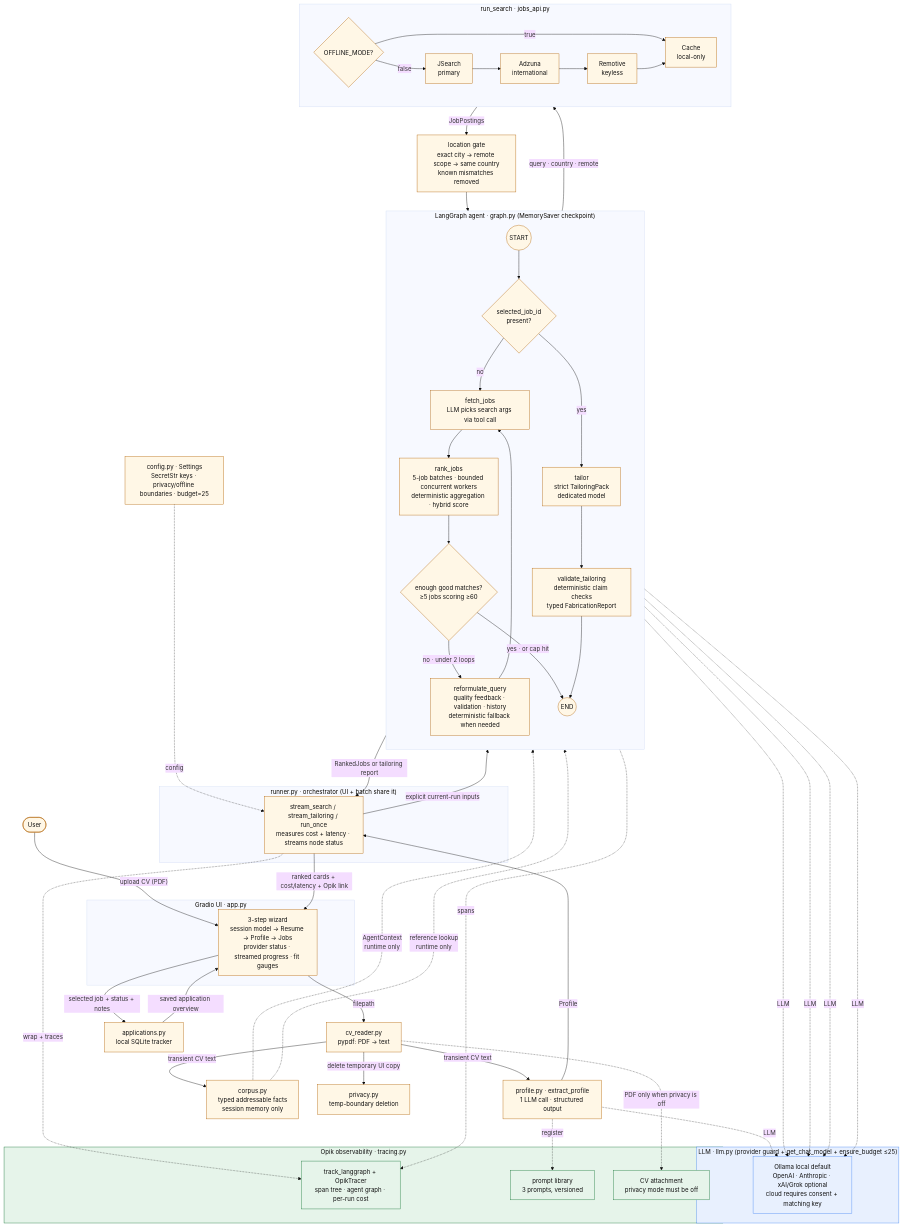
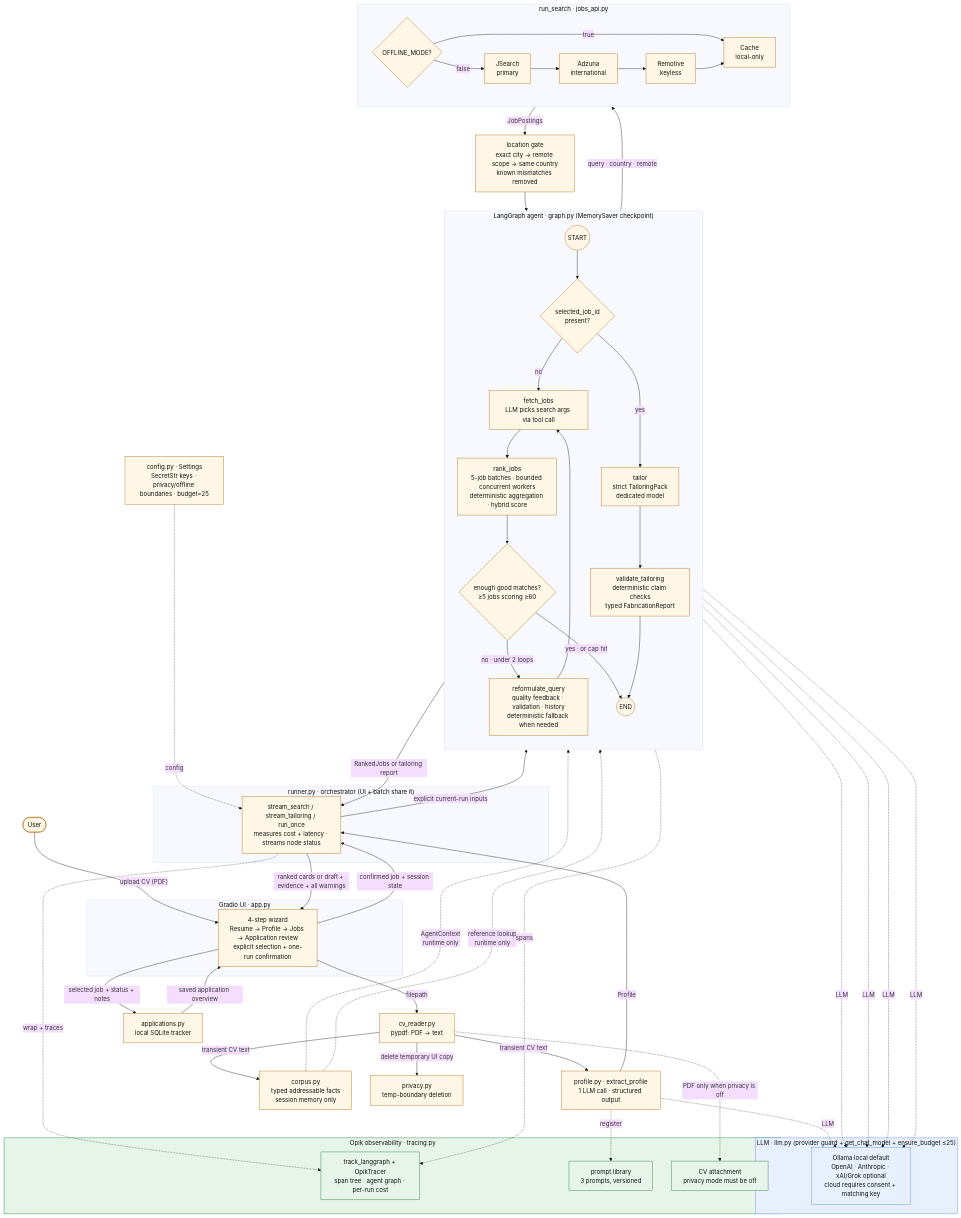
The diagram in docs/architecture.md (exitLQ/the-agent-that-got-me-rejected), drawn with Mermaid (base theme) before and after one commit. The commit also changed other lines of this file and 5 other files, not shown here.

Commit message:
feat: add confirmed tailoring review step

````diff
--- a/docs/architecture.md
+++ b/docs/architecture.md
@@ -7,79 +7,80 @@
 ```mermaid
 flowchart TB
   U(["User"]) -->|"upload CV (PDF)"| UI
 
   subgraph UI_L["Gradio UI · app.py"]
-    UI["3-step wizard<br/>session model → Resume → Profile → Jobs<br/>provider status · streamed progress · fit gauges"]
+    UI["4-step wizard<br/>Resume → Profile → Jobs → Application review<br/>explicit selection + one-run confirmation"]
   end
 
   UI -->|"filepath"| CVR["cv_reader.py<br/>pypdf: PDF → text"]
   CVR -->|"transient CV text"| EP["profile.py · extract_profile<br/>1 LLM call · structured output"]
   CVR -->|"transient CV text"| COR["corpus.py<br/>typed addressable facts<br/>session memory only"]
   CVR -->|"delete temporary UI copy"| DEL["privacy.py<br/>temp-boundary deletion"]
   EP -->|"Profile"| RUN
+  UI -->|"confirmed job + session state"| RUN
 
   subgraph ORCH["runner.py · orchestrator (UI + batch share it)"]
     RUN["stream_search / stream_tailoring / run_once<br/>measures cost + latency · streams node status"]
   end
 
   RUN -->|"explicit current-run inputs"| G
 
   subgraph G["LangGraph agent · graph.py (MemorySaver checkpoint)"]
     direction TB
     S((START)) --> ENTRY{"selected_job_id<br/>present?"}
     ENTRY -->|"no"| FJ
     ENTRY -->|"yes"| TA["tailor<br/>strict TailoringPack<br/>dedicated model"]
     TA --> VAL["validate_tailoring<br/>deterministic claim checks<br/>typed FabricationReport"]
     FJ["fetch_jobs<br/>LLM picks search args via tool call"] --> RJ
     RJ["rank_jobs<br/>5-job batches · bounded concurrent workers<br/>deterministic aggregation · hybrid score"] --> D{"enough good matches?<br/>≥5 jobs scoring ≥60"}
     D -->|"no · under 2 loops"| RQ["reformulate_query<br/>quality feedback · validation · history<br/>deterministic fallback when needed"]
     RQ --> FJ
     D -->|"yes · or cap hit"| E((END))
     VAL --> E
   end
   COR -. "AgentContext<br/>runtime only" .-> TA
   COR -. "reference lookup<br/>runtime only" .-> VAL
 
   FJ -->|"query · country · remote"| SRCH
   subgraph SRCH["run_search · jobs_api.py"]
     direction LR
     MODE{"OFFLINE_MODE?"} -->|"true"| CA["Cache<br/>local-only"]
     MODE -->|"false"| JS["JSearch<br/>primary"]
     JS --> AZ["Adzuna<br/>international"] --> RM["Remotive<br/>keyless"] --> CA
   end
   SRCH -->|"JobPostings"| LOC["location gate<br/>exact city → remote scope → same country<br/>known mismatches removed"]
   LOC --> RJ
 
   E -->|"RankedJobs or tailoring report"| RUN
-  RUN -->|"ranked cards + cost/latency + Opik link"| UI
+  RUN -->|"ranked cards or draft + evidence + all warnings"| UI
   UI -->|"selected job + status + notes"| DB["applications.py<br/>local SQLite tracker"]
   DB -->|"saved application overview"| UI
 
   subgraph LLM_L["LLM · llm.py (provider guard + get_chat_model + ensure_budget ≤25)"]
     OA["Ollama local default<br/>OpenAI · Anthropic · xAI/Grok optional<br/>cloud requires consent + matching key"]
   end
   EP -. "LLM" .-> OA
   FJ -. "LLM" .-> OA
   RJ -. "LLM" .-> OA
   RQ -. "LLM" .-> OA
   TA -. "LLM" .-> OA
 
   subgraph OBS["Opik observability · tracing.py"]
     TR["track_langgraph + OpikTracer<br/>span tree · agent graph · per-run cost"]
     PL["prompt library<br/>3 prompts, versioned"]
     AT["CV attachment<br/>privacy mode must be off"]
   end
   RUN -. "wrap + traces" .-> TR
   G -. "spans" .-> TR
   EP -. "register" .-> PL
   CVR -. "PDF only when privacy is off" .-> AT
 
   CFG["config.py · Settings<br/>SecretStr keys · privacy/offline boundaries · budget=25"] -. "config" .-> RUN
 
   classDef llm fill:#e8f0fe,stroke:#4285f4,color:#111;
   classDef obs fill:#e6f4ea,stroke:#137333,color:#111;
   classDef node fill:#fff7e6,stroke:#b06000,color:#111;
   class OA,LLM_L llm;
   class TR,PL,AT,OBS obs;
   class FJ,RJ,RQ,TA,VAL node;
 ```
````
